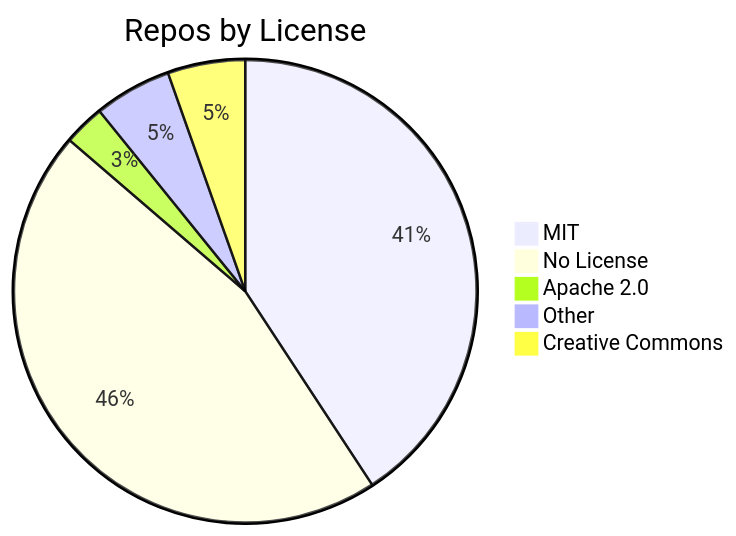
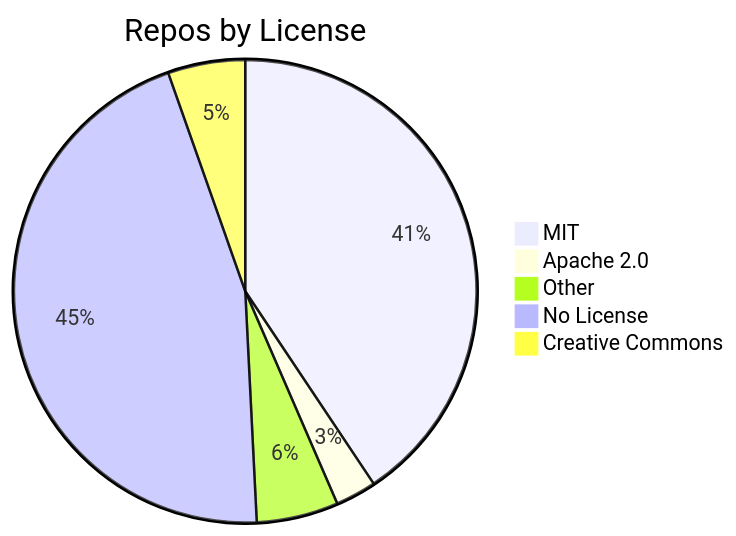
One commit to jpatterson933/awesome-mcp-server-repo-index changed the diagram in README.md. Above: the diagram before and after it, drawn with Mermaid. The commit also changed other lines of this file and 3 other files, not shown here.

````diff
--- a/README.md
+++ b/README.md
@@ -29,8 +29,8 @@
 ```mermaid
 pie title Repos by License
     "MIT" : 128
+    "Apache 2.0" : 9
+    "Other" : 18
     "No License" : 143
-    "Apache 2.0" : 9
-    "Other" : 17
     "Creative Commons" : 17
 ```
````
